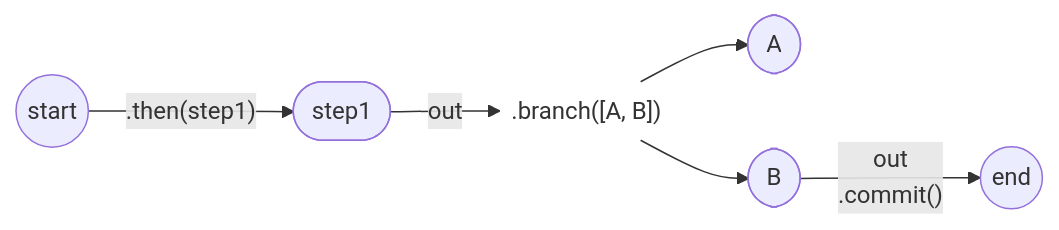
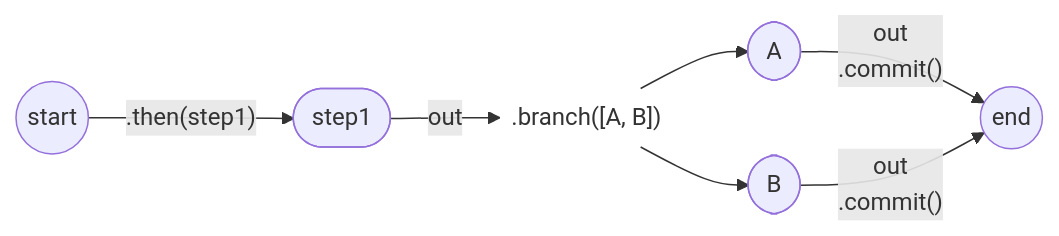
Before and after one commit to movclantian/mastra-desktop: the third of 7 diagrams in docs/en/docs/workflows/control-flow.mdx, drawn with Mermaid. The commit also changed other lines of this file and 250 other files, not shown here.

````diff
--- a/docs/en/docs/workflows/control-flow.mdx
+++ b/docs/en/docs/workflows/control-flow.mdx
@@ -242,13 +242,14 @@
 ```mermaid
 flowchart LR
-  accTitle: Choosing a workflow step with conditional branching
-  accDescr: The workflow runs step1, then follows either branch A or branch B before committing and ending.
+  accTitle: Choosing workflow steps with conditional branching
+  accDescr: The workflow runs step1, then runs every branch whose condition is true before committing and ending.
 
   start(( start )) -- ".then(step1)" --> step1([step1])
   step1 -- out --> branchCall@{ shape: text, label: ".branch([A, B])" }
   branchCall --> stepA([A])
-  branchCall accent1@--> stepB([B])
+  branchCall --> stepB([B])
+  stepA accent2@-- "out<br/>.commit()" --> stop(( end ))
   stepB accent2@-- "out<br/>.commit()" --> stop(( end ))
 
-  class stepB,stop accent
+  class stepA,stepB,stop accent
 ```
````
